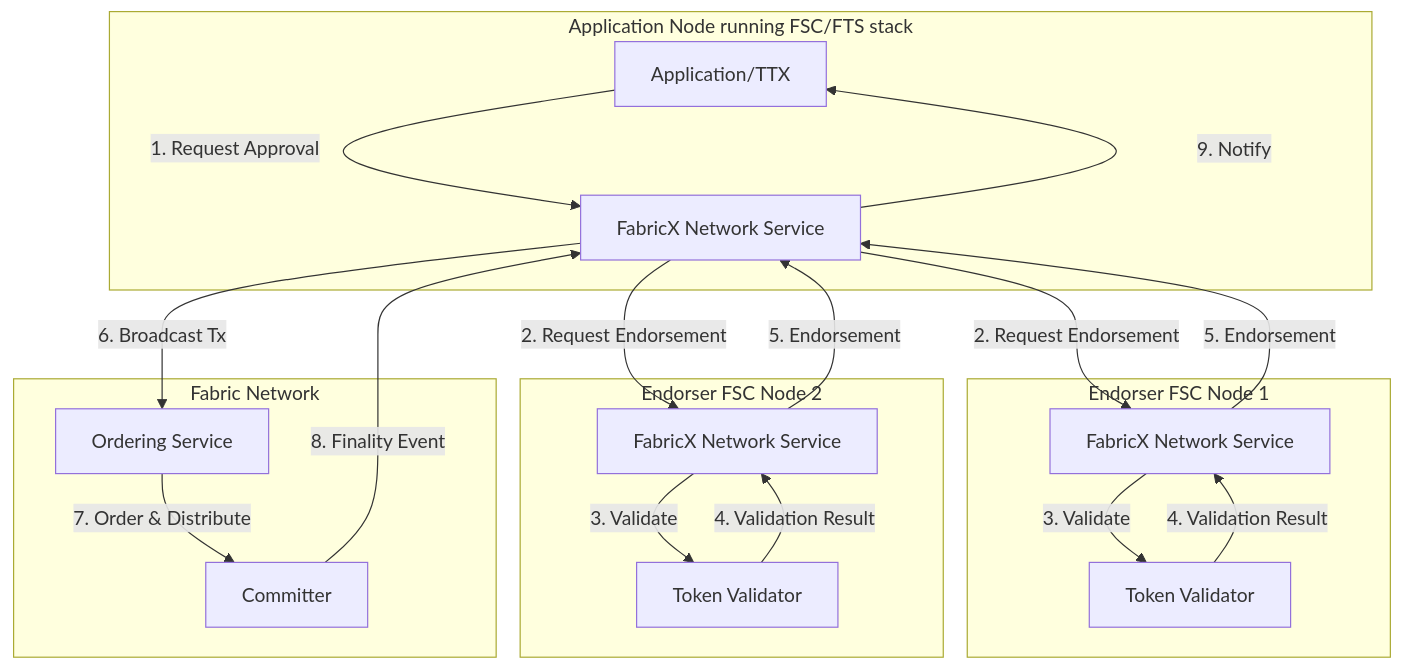
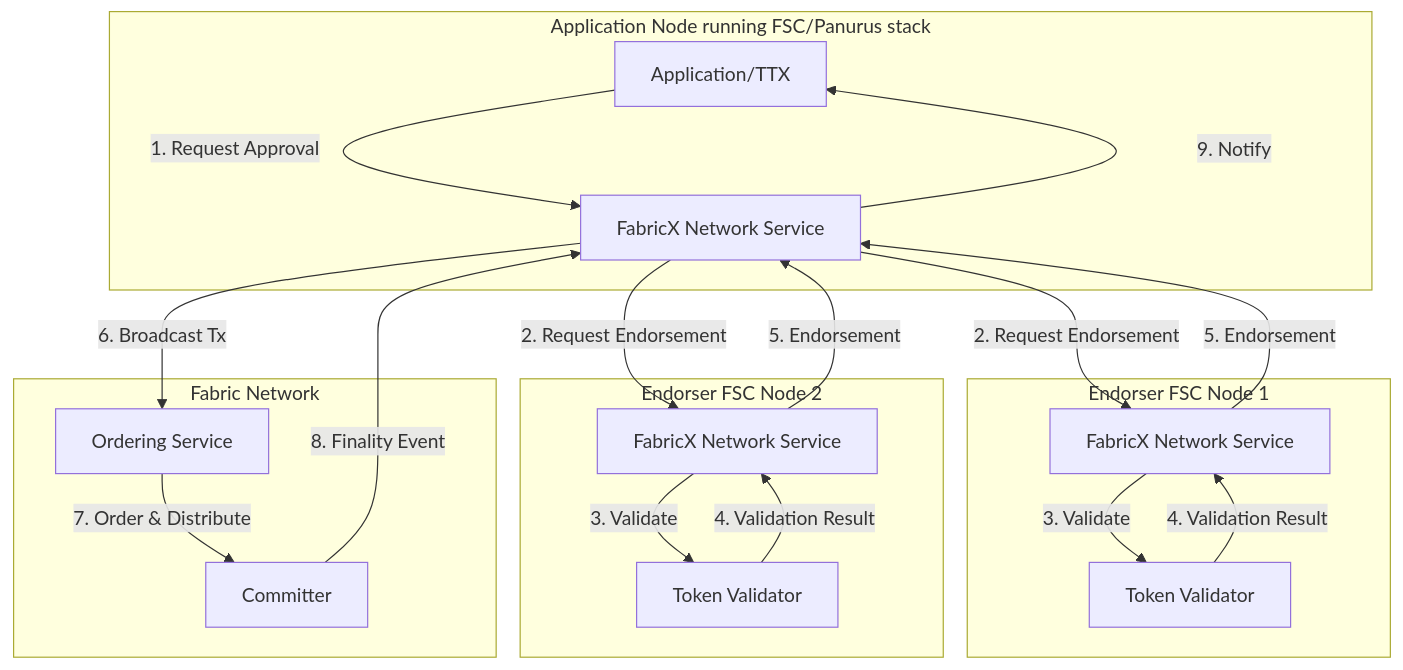
One commit to hyperledger-labs/fabric-token-sdk changed the first of 7 diagrams in docs/services/network-fabricx.md. Above: the diagram before and after it, drawn with Mermaid. The commit also changed other lines of this file and 1264 other files, not shown here.

````diff
--- a/docs/services/network-fabricx.md
+++ b/docs/services/network-fabricx.md
@@ -9,36 +9,36 @@
 ```mermaid
 graph TB
-    subgraph "Application Node running FSC/FTS stack"
+    subgraph "Application Node running FSC/Panurus stack"
         App[Application/TTX]
         NetI[FabricX Network Service]
     end
 
     subgraph "Endorser FSC Node 1"
         NetE1[FabricX Network Service]
         Val1[Token Validator]
     end
 
     subgraph "Endorser FSC Node 2"
         NetE2[FabricX Network Service]
         Val2[Token Validator]
     end
 
     subgraph "Fabric Network"
         Orderer[Ordering Service]
         Ledger[Committer]
     end
 
     App -->|1. Request Approval| NetI
     NetI -->|2. Request Endorsement| NetE1
     NetI -->|2. Request Endorsement| NetE2
     NetE1 -->|3. Validate| Val1
     NetE2 -->|3. Validate| Val2
     Val1 -->|4. Validation Result| NetE1
     Val2 -->|4. Validation Result| NetE2
     NetE1 -->|5. Endorsement| NetI
     NetE2 -->|5. Endorsement| NetI
     NetI -->|6. Broadcast Tx| Orderer
     Orderer -->|7. Order & Distribute| Ledger
     Ledger -->|8. Finality Event| NetI
     NetI -->|9. Notify| App
 ```
````
